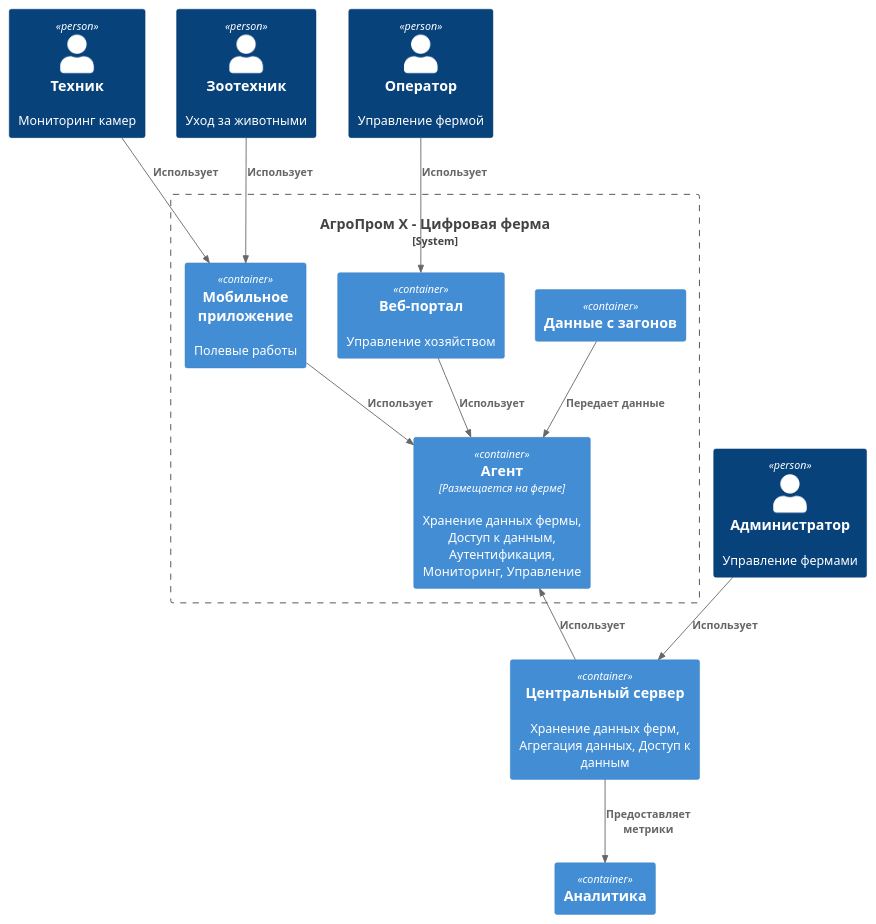
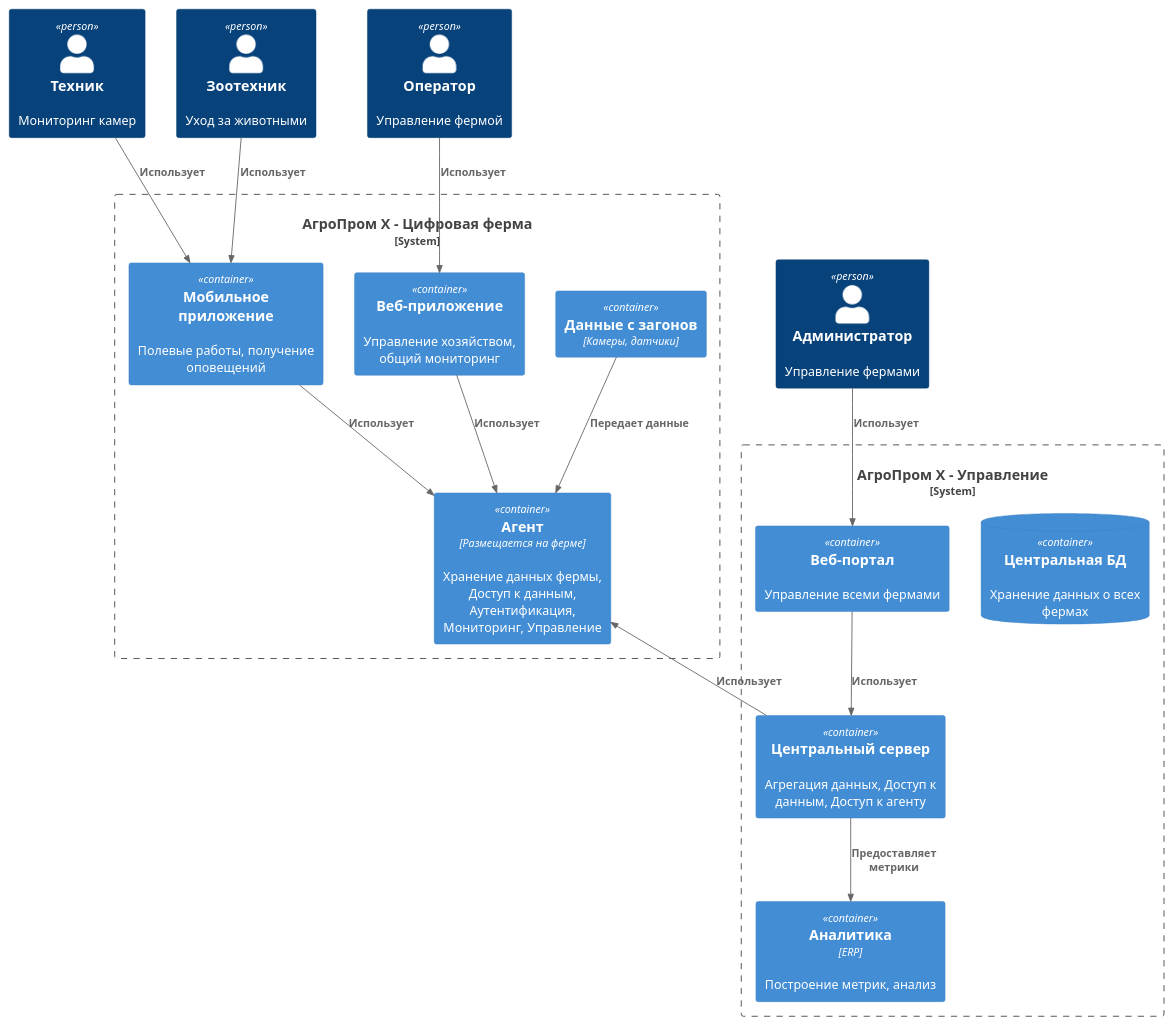
One commit to KatChaotic/MSA-AgroTech changed the diagram in Task1/agrotech_context_alternative.puml. Above: the diagram before and after it, drawn with PlantUML. The commit also changed 6 other files, not shown here.

```diff
--- a/Task1/agrotech_context_alternative.puml
+++ b/Task1/agrotech_context_alternative.puml
@@ -1,43 +1,50 @@
-@startuml Архитектура_АгроТех_Системы_v4
+@startuml
 
 !include https://raw.githubusercontent.com/plantuml-stdlib/C4-PlantUML/master/C4_Container.puml
 
 ' === Участники ===
 Person(техник, "Техник", "Мониторинг камер")
 Person(зоотехник, "Зоотехник", "Уход за животными")
 Person(оператор, "Оператор", "Управление фермой")
 Person(администратор, "Администратор", "Управление фермами")
 
-System_Boundary(platform, "АгроПром Х - Цифровая ферма") {
-    Container(house, "Данные с загонов")
+System_Boundary(farm, "АгроПром Х - Цифровая ферма") {
+    Container(house, "Данные с загонов", "Камеры, датчики")
 
-    Container(мобильное_приложение, "Мобильное приложение", "", "Полевые работы")
-    Container(веб_портал, "Веб-портал", "", "Управление хозяйством")
+    Container(мобильное_приложение, "Мобильное приложение", "", "Полевые работы, получение оповещений")
+    Container(веб_приложение, "Веб-приложение", "", "Управление хозяйством, общий мониторинг")
 
     Container(agent, "Агент", "Размещается на ферме", "Хранение данных фермы, Доступ к данным, Аутентификация, Мониторинг, Управление")
 }
 
-Container(master, "Центральный сервер", "", "Хранение данных ферм, Агрегация данных, Доступ к данным")
+System_Boundary(office, "АгроПром Х - Управление") {
+    Container(master, "Центральный сервер", "", "Агрегация данных, Доступ к данным, Доступ к агенту")
+    ContainerDb(master_db, "Центральная БД", "", "Хранение данных о всех фермах")
 
-Container(аналитика, "Аналитика")
+    Container(веб_портал, "Веб-портал", "", "Управление всеми фермами")
+
+    Container(аналитика, "Аналитика", "ERP", "Построение метрик, анализ")
+}
 
 ' Персонал
 Rel(техник, мобильное_приложение, "Использует")
 Rel(зоотехник, мобильное_приложение, "Использует")
 
-Rel(оператор, веб_портал, "Использует")
-Rel(администратор, master, "Использует")
+Rel(оператор, веб_приложение, "Использует")
+Rel(администратор, веб_портал, "Использует")
 
 ' Сбор данных
 Rel(house, agent, "Передает данные", "")
 
 ' Пользовательский функционал
 Rel(мобильное_приложение, agent, "Использует")
-Rel(веб_портал, agent, "Использует")
+Rel(веб_приложение, agent, "Использует")
 
 Rel_Up(master, agent, "Использует")
+
+Rel(веб_портал, master, "Использует")
 
 ' Внешние интеграции
 Rel(master, аналитика, "Предоставляет метрики")
 
 @enduml
```
